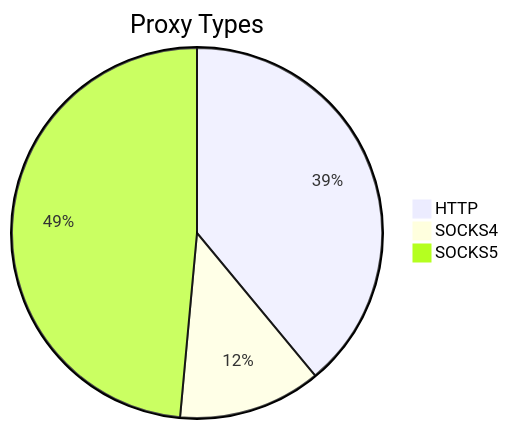
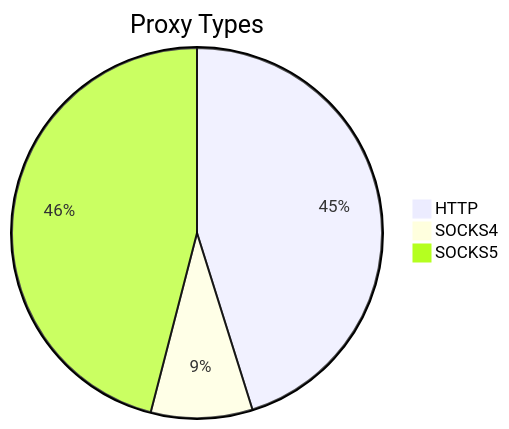
Before and after one commit to stormsia/proxy-list: the first of 2 diagrams in README.md, drawn with Mermaid. The commit also changed other lines of this file, not shown here.

````diff
--- a/README.md
+++ b/README.md
@@ -21,6 +21,6 @@
 ```mermaid
 pie title Proxy Types
-    "HTTP" : 347
-    "SOCKS4" : 111
-    "SOCKS5" : 432
+    "HTTP" : 275
+    "SOCKS4" : 54
+    "SOCKS5" : 280
 ```
````
